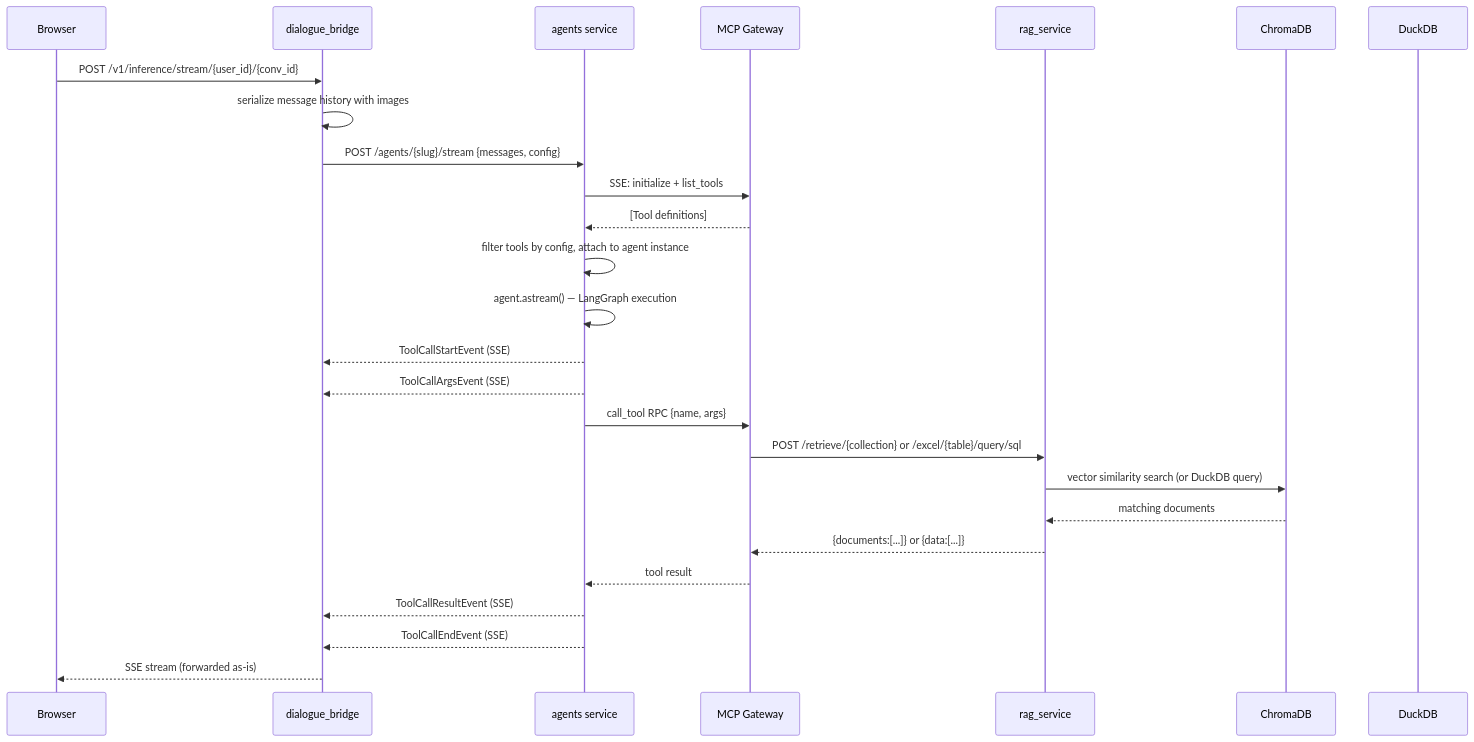
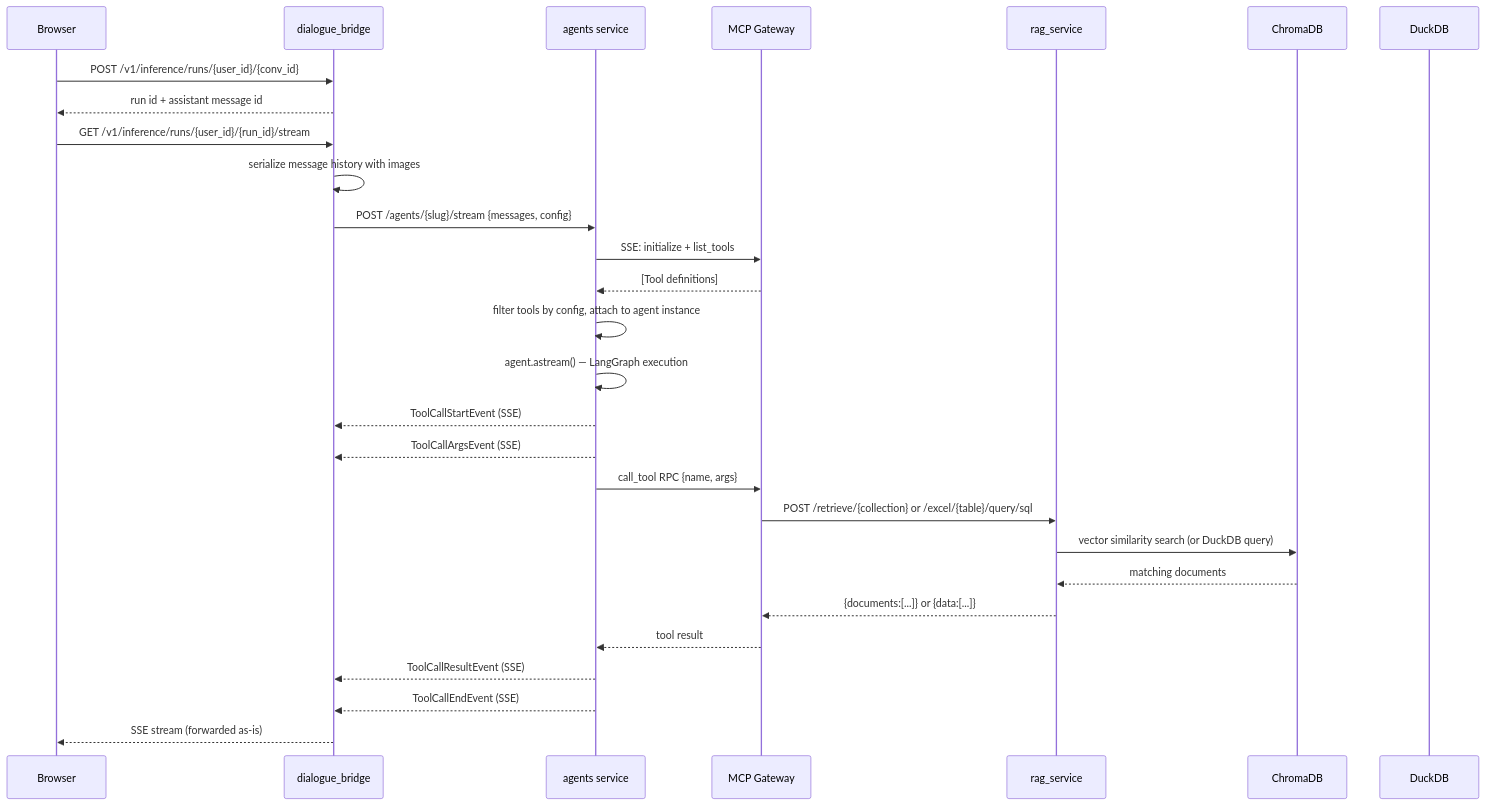
One commit to konstantinosmpouros/mAgenticX changed the second of 10 diagrams in docs/development/retrieval-and-tools.md. Above: the diagram before and after it, drawn with Mermaid. The commit also changed other lines of this file and 19 other files, not shown here.

````diff
--- a/docs/development/retrieval-and-tools.md
+++ b/docs/development/retrieval-and-tools.md
@@ -33,33 +33,35 @@
 ```mermaid
 sequenceDiagram
     participant Browser
     participant Bridge as dialogue_bridge
     participant Agents as agents service
     participant MCP as MCP Gateway
     participant RAG as rag_service
     participant Chroma as ChromaDB
     participant Duck as DuckDB
 
-    Browser->>Bridge: POST /v1/inference/stream/{user_id}/{conv_id}
+    Browser->>Bridge: POST /v1/inference/runs/{user_id}/{conv_id}
+    Bridge-->>Browser: run id + assistant message id
+    Browser->>Bridge: GET /v1/inference/runs/{user_id}/{run_id}/stream
     Bridge->>Bridge: serialize message history with images
     Bridge->>Agents: POST /agents/{slug}/stream {messages, config}
 
     Agents->>MCP: SSE: initialize + list_tools
     MCP-->>Agents: [Tool definitions]
     Agents->>Agents: filter tools by config, attach to agent instance
 
     Agents->>Agents: agent.astream() — LangGraph execution
     Agents-->>Bridge: ToolCallStartEvent (SSE)
     Agents-->>Bridge: ToolCallArgsEvent (SSE)
 
     Agents->>MCP: call_tool RPC {name, args}
     MCP->>RAG: POST /retrieve/{collection} or /excel/{table}/query/sql
     RAG->>Chroma: vector similarity search (or DuckDB query)
     Chroma-->>RAG: matching documents
     RAG-->>MCP: {documents:[...]} or {data:[...]}
     MCP-->>Agents: tool result
 
     Agents-->>Bridge: ToolCallResultEvent (SSE)
     Agents-->>Bridge: ToolCallEndEvent (SSE)
     Bridge-->>Browser: SSE stream (forwarded as-is)
 ```
````
